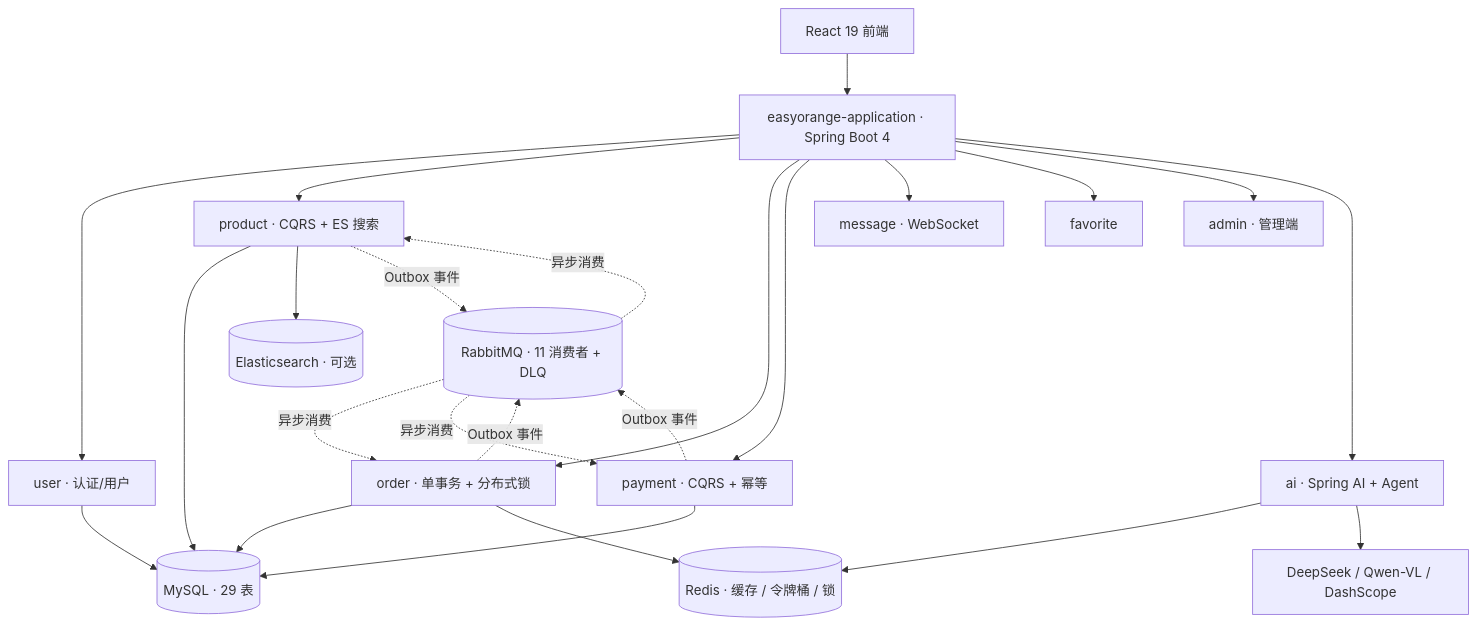
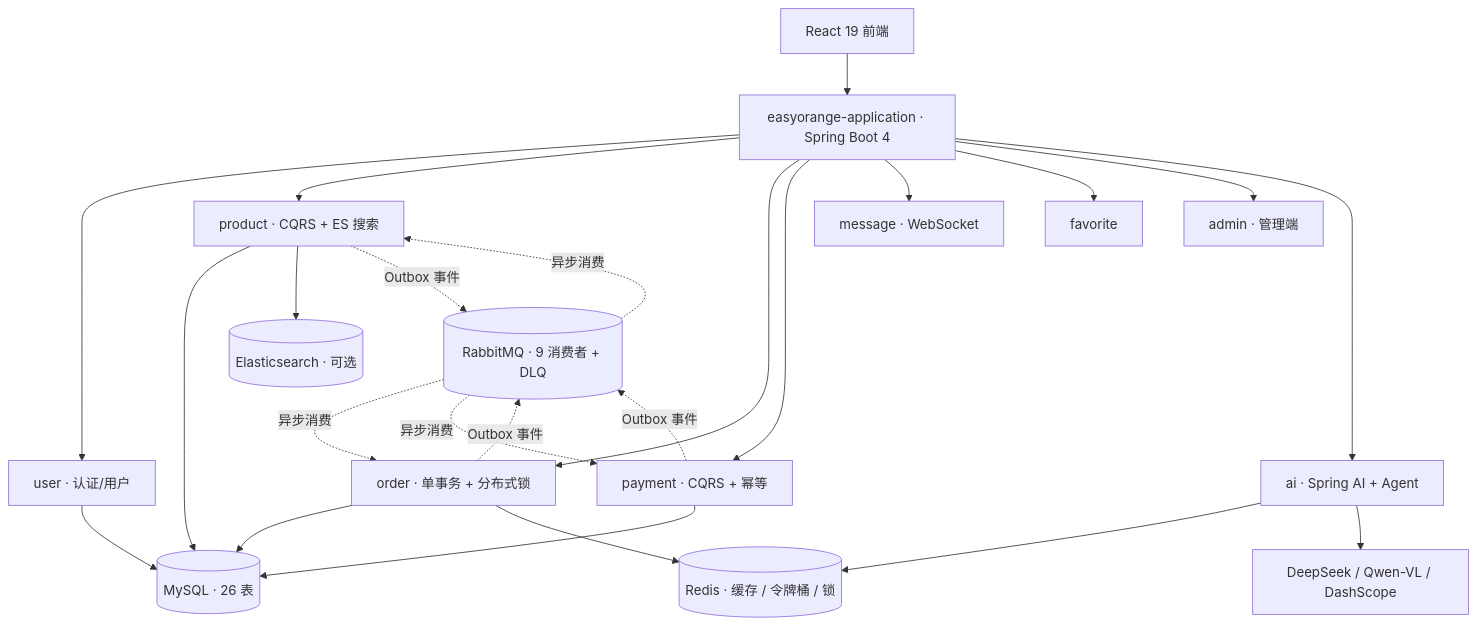
The diagram in README.md (Xytheria-t/EasyOrange), drawn with Mermaid before and after one commit. The commit also changed other lines of this file and 16 other files, not shown here.

````diff
--- a/README.md
+++ b/README.md
@@ -37,44 +37,44 @@
 ```mermaid
 flowchart TB
     FE["React 19 前端"]
     APP["easyorange-application · Spring Boot 4"]
     USER["user · 认证/用户"]
     PROD["product · CQRS + ES 搜索"]
     ORD["order · 单事务 + 分布式锁"]
     PAY["payment · CQRS + 幂等"]
     MSG["message · WebSocket"]
     FAV["favorite"]
     ADMIN["admin · 管理端"]
     AI["ai · Spring AI + Agent"]
-    MQ[("RabbitMQ · 11 消费者 + DLQ")]
-    DB[("MySQL · 29 表")]
+    MQ[("RabbitMQ · 9 消费者 + DLQ")]
+    DB[("MySQL · 26 表")]
     REDIS[("Redis · 缓存 / 令牌桶 / 锁")]
     ES[("Elasticsearch · 可选")]
     LLM["DeepSeek / Qwen-VL / DashScope"]
 
     FE --> APP
     APP --> USER
     APP --> PROD
     APP --> ORD
     APP --> PAY
     APP --> MSG
     APP --> FAV
     APP --> ADMIN
     APP --> AI
 
     USER --> DB
     PROD --> DB
     ORD --> DB
     PAY --> DB
     PROD --> ES
     ORD --> REDIS
     AI --> REDIS
     AI --> LLM
 
     PROD -. "Outbox 事件" .-> MQ
     ORD -. "Outbox 事件" .-> MQ
     PAY -. "Outbox 事件" .-> MQ
     MQ -. "异步消费" .-> PROD
     MQ -. "异步消费" .-> ORD
     MQ -. "异步消费" .-> PAY
 ```
````
